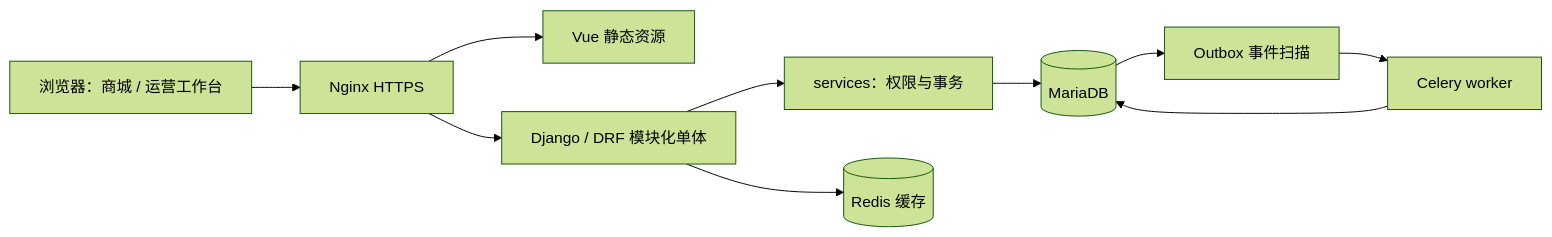
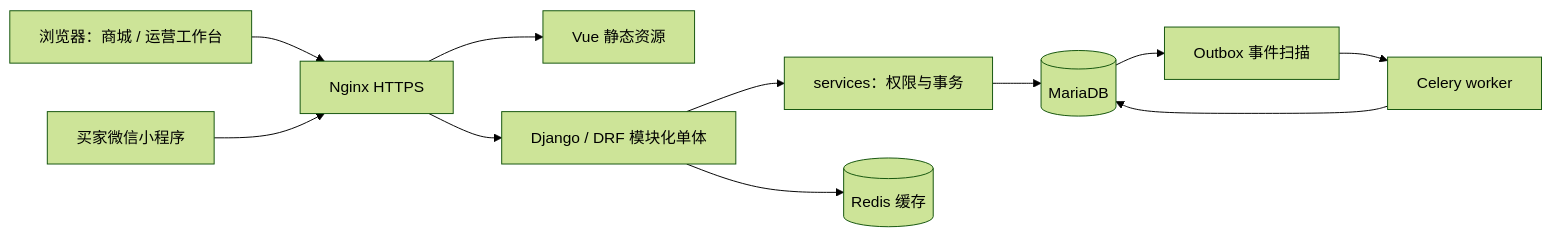
The diagram in docs/01-architecture.md (maoyadongsh/siq-mall-platform), drawn with Mermaid (forest theme) before and after one commit. The commit also changed other lines of this file and 16 other files, not shown here.

````diff
--- a/docs/01-architecture.md
+++ b/docs/01-architecture.md
@@ -46,12 +51,13 @@
 ```mermaid
 flowchart LR
   B[浏览器：商城 / 运营工作台] --> N[Nginx HTTPS]
+  MP[买家微信小程序] --> N
   N --> F[Vue 静态资源]
   N --> A[Django / DRF 模块化单体]
   A --> S[services：权限与事务]
   S --> D[(MariaDB)]
   A --> R[(Redis 缓存)]
   D --> O[Outbox 事件扫描]
   O --> W[Celery worker]
   W --> D
 ```
````
